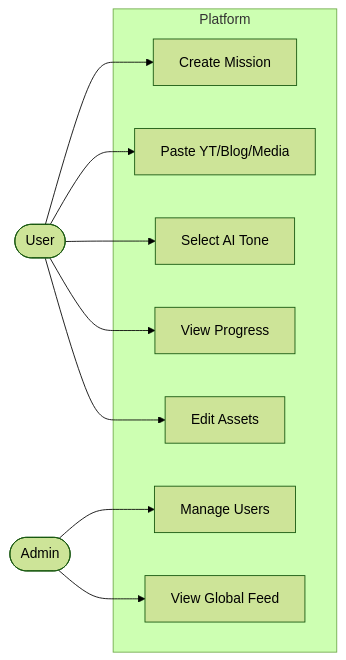
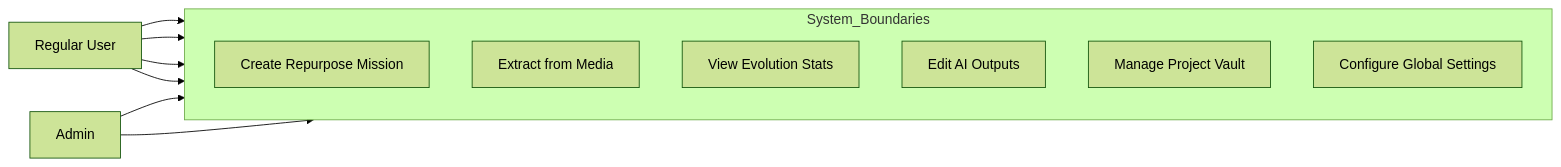
One commit to naresh-rn/echoly changed the eighth of 20 diagrams in ALL_DIAGRAMS.md. Above: the diagram before and after it, drawn with Mermaid (forest theme). The commit also changed other lines of this file and 1 other file, not shown here.

Commit message:
docs: repair diagram rendering and finalize comprehensive architecture dossier

````diff
--- a/ALL_DIAGRAMS.md
+++ b/ALL_DIAGRAMS.md
@@ -222,23 +221,22 @@
 ```mermaid
 flowchart LR
-    User(["User"])
-    Admin(["Admin"])
+    User[Regular User]
+    Admin[Admin]
 
-    subgraph Platform
-        UC1[Create Mission]
-        UC2[Paste YT/Blog/Media]
-        UC3[Select AI Tone]
-        UC4[View Progress]
-        UC5[Edit Assets]
-        UC6[Manage Users]
-        UC7[View Global Feed]
+    subgraph System_Boundaries
+        direction TB
+        UC1[Create Repurpose Mission]
+        UC2[Extract from Media]
+        UC3[View Evolution Stats]
+        UC4[Edit AI Outputs]
+        UC5[Manage Project Vault]
+        UC6[Configure Global Settings]
     end
 
     User --> UC1
     User --> UC2
-    User --> UC3
     User --> UC4
     User --> UC5
+    Admin --> UC3
     Admin --> UC6
-    Admin --> UC7
 ```
````
